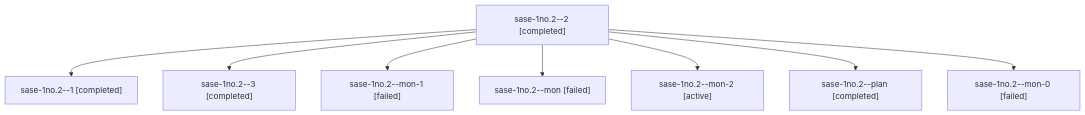
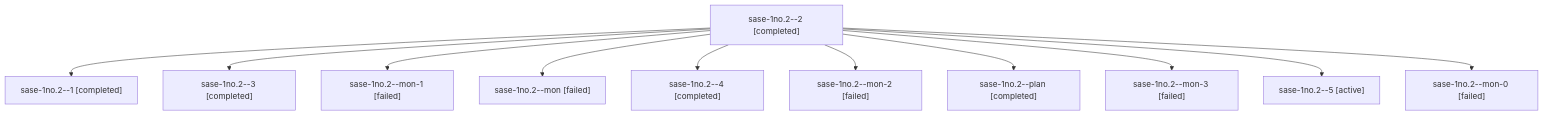
The diagram in sessions/bbugyi200.athena.sase-1no.2.md (sase-org/sase--agents), drawn with Mermaid before and after one commit. The commit also changed other lines of this file and 89 other files, not shown here.

````diff
--- a/sessions/bbugyi200.athena.sase-1no.2.md
+++ b/sessions/bbugyi200.athena.sase-1no.2.md
@@ -9,18 +9,24 @@
 ```mermaid
 flowchart TD
   n0["sase-1no.2--2 [completed]"]
   n1["sase-1no.2--1 [completed]"]
   n0 --> n1
   n2["sase-1no.2--3 [completed]"]
   n0 --> n2
   n3["sase-1no.2--mon-1 [failed]"]
   n0 --> n3
   n4["sase-1no.2--mon [failed]"]
   n0 --> n4
-  n5["sase-1no.2--mon-2 [active]"]
+  n5["sase-1no.2--4 [completed]"]
   n0 --> n5
-  n6["sase-1no.2--plan [completed]"]
+  n6["sase-1no.2--mon-2 [failed]"]
   n0 --> n6
-  n7["sase-1no.2--mon-0 [failed]"]
+  n7["sase-1no.2--plan [completed]"]
   n0 --> n7
+  n8["sase-1no.2--mon-3 [failed]"]
+  n0 --> n8
+  n9["sase-1no.2--5 [active]"]
+  n0 --> n9
+  n10["sase-1no.2--mon-0 [failed]"]
+  n0 --> n10
 ```
````
